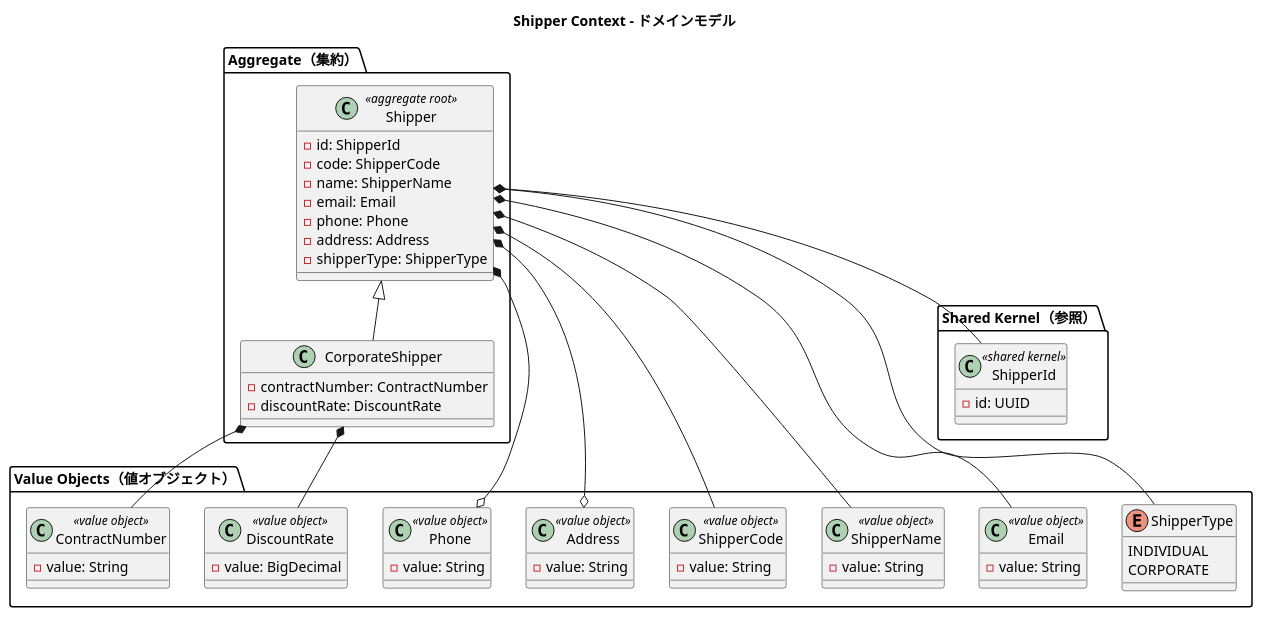
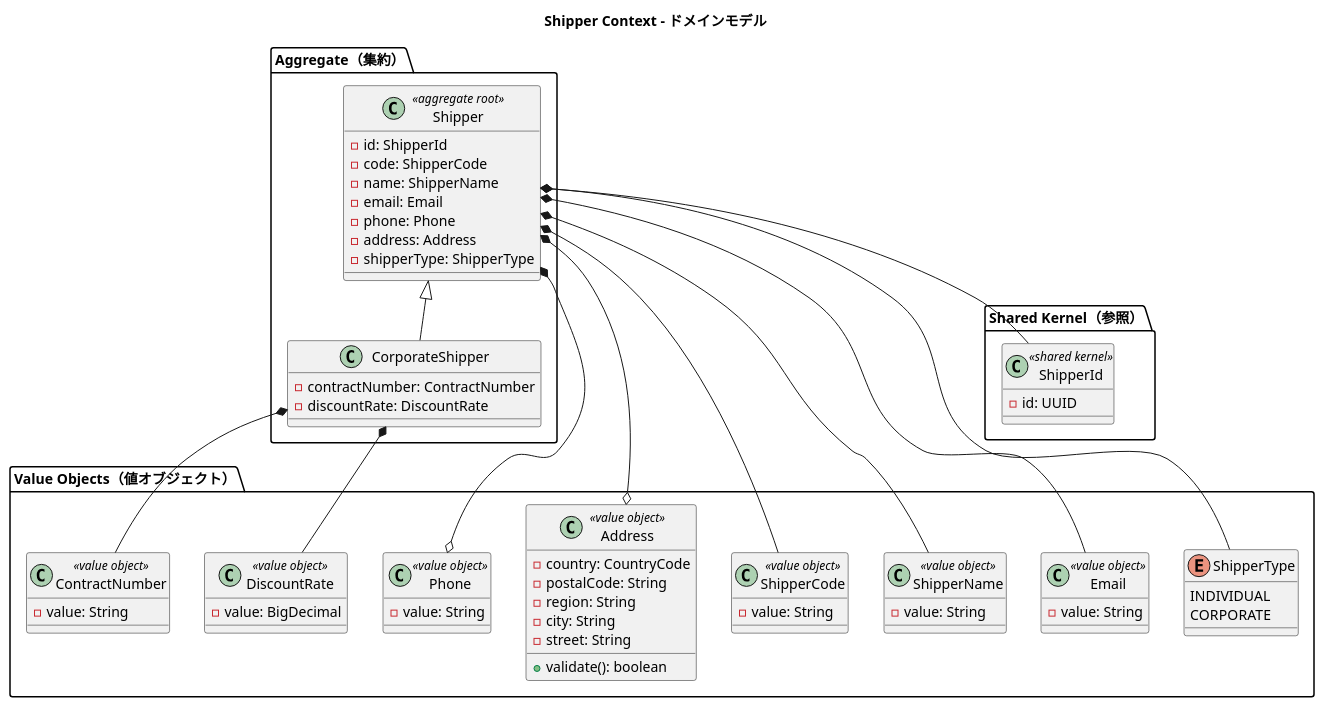
One commit to k2works/case-study-cargo-tracker changed the fourth of 11 diagrams in docs/design/domain-model.md. Above: the diagram before and after it, drawn with PlantUML. The commit also changed other lines of this file and 5 other files, not shown here.

````diff
--- a/docs/design/domain-model.md
+++ b/docs/design/domain-model.md
@@ -412,67 +412,72 @@
 ```plantuml
 @startuml
 title Shipper Context - ドメインモデル
 
 package "Aggregate（集約）" {
   class Shipper <<aggregate root>> {
     -id: ShipperId
     -code: ShipperCode
     -name: ShipperName
     -email: Email
     -phone: Phone
     -address: Address
     -shipperType: ShipperType
   }
 
   class CorporateShipper extends Shipper {
     -contractNumber: ContractNumber
     -discountRate: DiscountRate
   }
 }
 
 package "Value Objects（値オブジェクト）" {
   class ShipperCode <<value object>> {
     -value: String
   }
   class ShipperName <<value object>> {
     -value: String
   }
   class Email <<value object>> {
     -value: String
   }
   class Phone <<value object>> {
     -value: String
   }
   class Address <<value object>> {
-    -value: String
+    -country: CountryCode
+    -postalCode: String
+    -region: String
+    -city: String
+    -street: String
+    +validate(): boolean
   }
   class ContractNumber <<value object>> {
     -value: String
   }
   class DiscountRate <<value object>> {
     -value: BigDecimal
   }
   enum ShipperType {
     INDIVIDUAL
     CORPORATE
   }
 }
 
 package "Shared Kernel（参照）" {
   class ShipperId <<shared kernel>> {
     -id: UUID
   }
 }
 
 Shipper *-- ShipperId
 Shipper *-- ShipperCode
 Shipper *-- ShipperName
 Shipper *-- Email
 Shipper *-o Phone
 Shipper *-o Address
 Shipper *-- ShipperType
 CorporateShipper *-- ContractNumber
 CorporateShipper *-- DiscountRate
 
 @enduml
 ```
````
